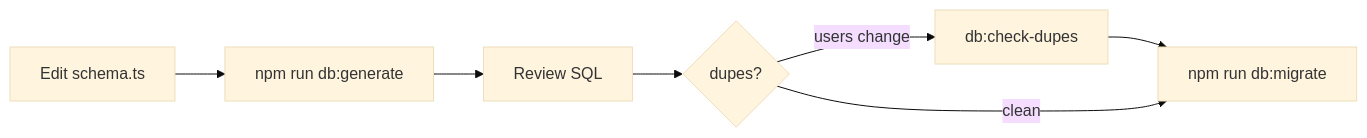
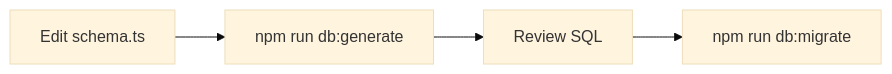
Before and after one commit to basishacks/basis-docs: the diagram in docs/database.md, drawn with Mermaid (base theme). The commit also changed other lines of this file, not shown here.

````diff
--- a/docs/database.md
+++ b/docs/database.md
@@ -72,9 +56,6 @@
 ```mermaid
 flowchart LR
   S[Edit schema.ts] --> G[npm run db:generate]
   G --> R[Review SQL]
-  R --> D{dupes?}
-  D -- users change --> C[db:check-dupes]
-  C --> M[npm run db:migrate]
-  D -- clean --> M
+  R --> M[npm run db:migrate]
 ```
````
